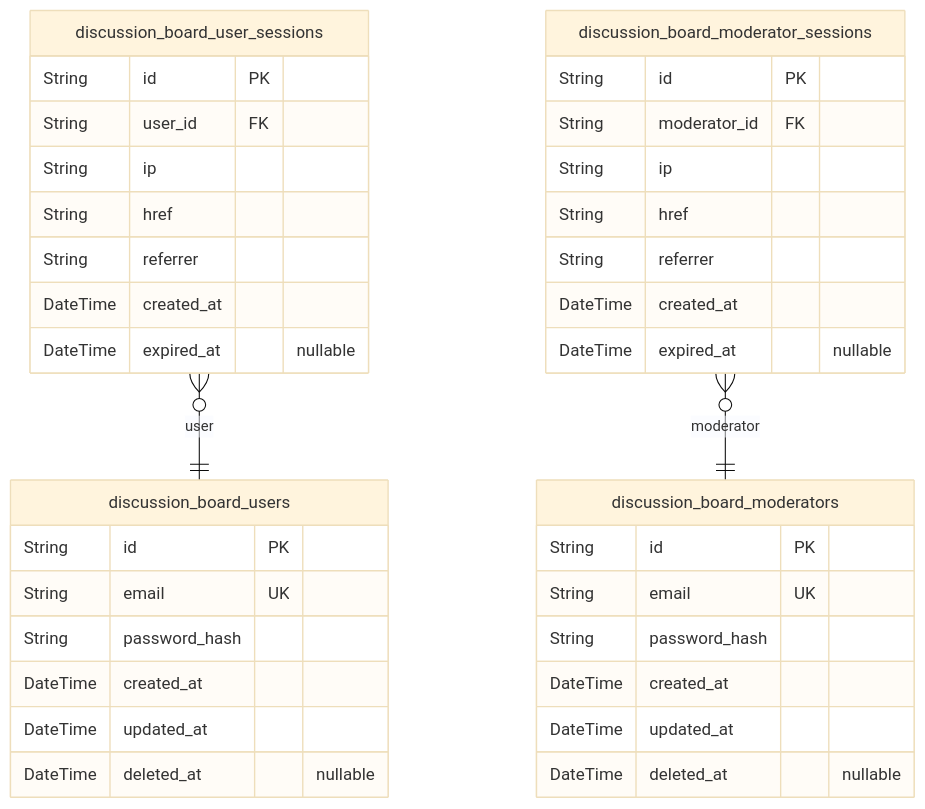
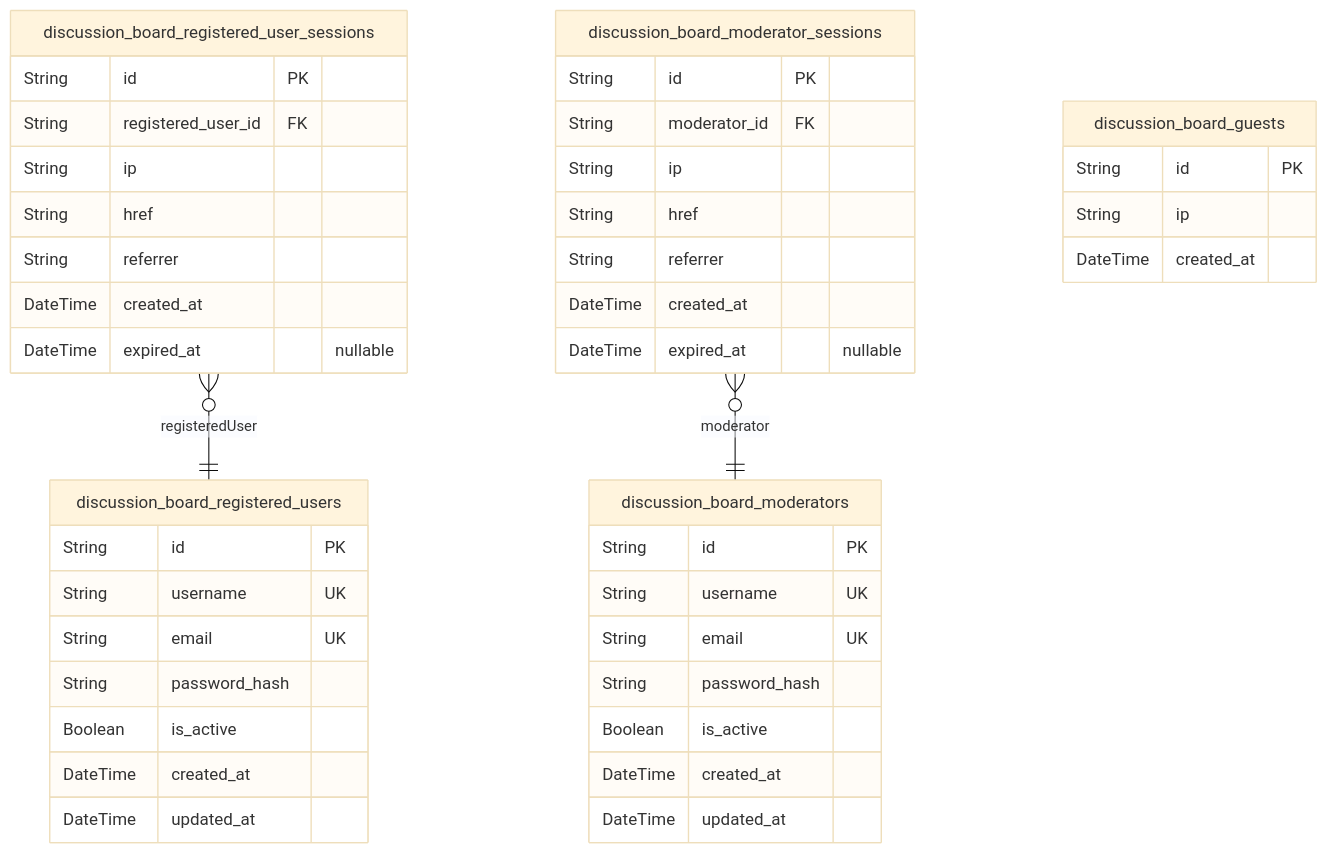
The second of 5 diagrams in meta-llama/llama-4-maverick/bbs/docs/ERD.md (wrtnlabs/autobe-examples), drawn with Mermaid (base theme) before and after one commit. The commit also changed other lines of this file and 3569 other files, not shown here.

````diff
--- a/meta-llama/llama-4-maverick/bbs/docs/ERD.md
+++ b/meta-llama/llama-4-maverick/bbs/docs/ERD.md
@@ -43,39 +40,46 @@
 ```mermaid
 erDiagram
-"discussion_board_users" {
+"discussion_board_registered_users" {
   String id PK
+  String username UK
   String email UK
   String password_hash
+  Boolean is_active
   DateTime created_at
   DateTime updated_at
-  DateTime deleted_at "nullable"
 }
-"discussion_board_user_sessions" {
+"discussion_board_registered_user_sessions" {
   String id PK
-  String user_id FK
+  String registered_user_id FK
   String ip
   String href
   String referrer
   DateTime created_at
   DateTime expired_at "nullable"
 }
 "discussion_board_moderators" {
   String id PK
+  String username UK
   String email UK
   String password_hash
+  Boolean is_active
   DateTime created_at
   DateTime updated_at
-  DateTime deleted_at "nullable"
 }
 "discussion_board_moderator_sessions" {
   String id PK
   String moderator_id FK
   String ip
   String href
   String referrer
   DateTime created_at
   DateTime expired_at "nullable"
 }
-"discussion_board_user_sessions" }o--|| "discussion_board_users" : user
+"discussion_board_guests" {
+  String id PK
+  String ip
+  DateTime created_at
+}
+"discussion_board_registered_user_sessions" }o--|| "discussion_board_registered_users" : registeredUser
 "discussion_board_moderator_sessions" }o--|| "discussion_board_moderators" : moderator
 ```
````
